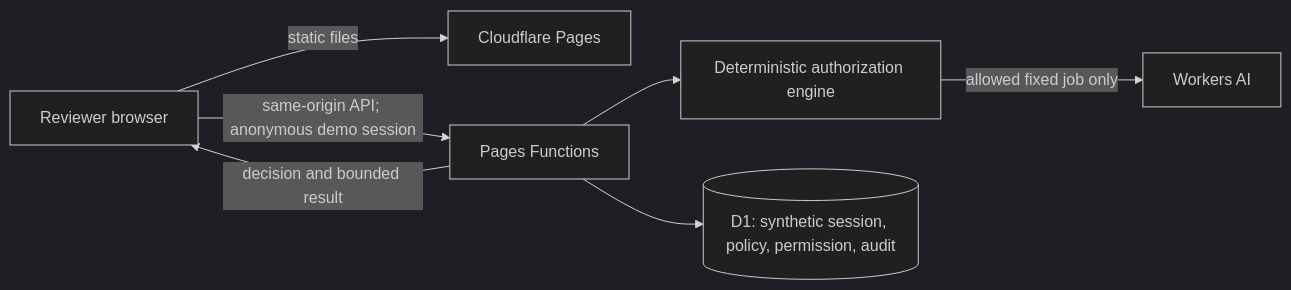
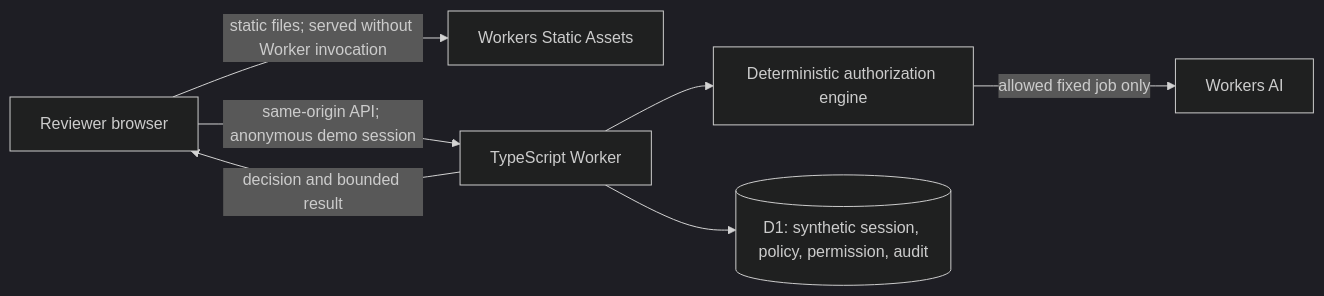
Before and after one commit to Bepoadewale/mindcommons: the diagram in docs/architecture/system-overview.md, drawn with Mermaid (dark theme). The commit also changed other lines of this file and 17 other files, not shown here.

First line of the commit message:
Migrate demo runtime to Workers Static Assets (#14)

````diff
--- a/docs/architecture/system-overview.md
+++ b/docs/architecture/system-overview.md
@@ -5,9 +5,9 @@
 ```mermaid
 flowchart LR
-  V[Reviewer browser] -->|static files| P[Cloudflare Pages]
-  V -->|same-origin API; anonymous demo session| F[Pages Functions]
-  F --> G[Deterministic authorization engine]
-  F --> D[(D1: synthetic session, policy, permission, audit)]
+  V[Reviewer browser] -->|static files; served without Worker invocation| A[Workers Static Assets]
+  V -->|same-origin API; anonymous demo session| W[TypeScript Worker]
+  W --> G[Deterministic authorization engine]
+  W --> D[(D1: synthetic session, policy, permission, audit)]
   G -->|allowed fixed job only| AI[Workers AI]
-  F -->|decision and bounded result| V
+  W -->|decision and bounded result| V
 ```
````
